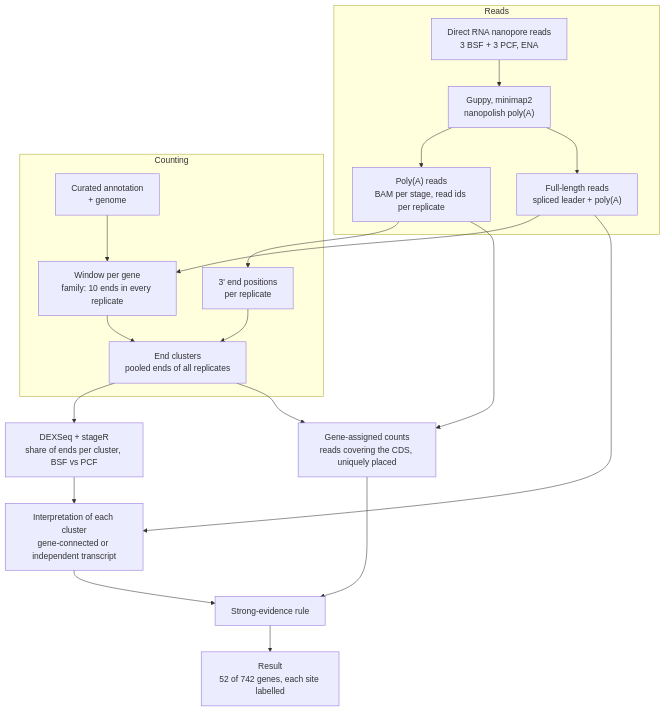
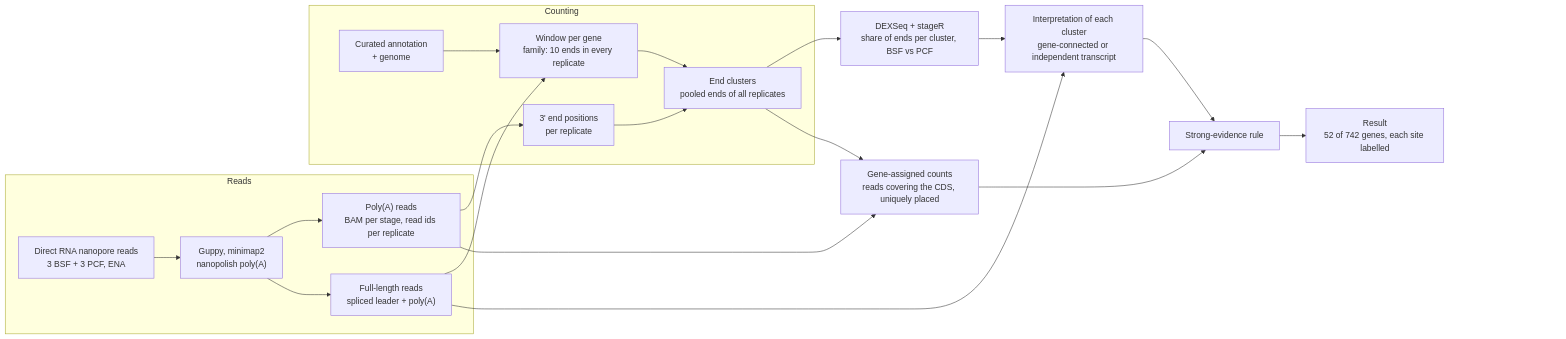
Before and after one commit to mtinti/tbrucei_alternative_3end_paper: the diagram in README.md, drawn with Mermaid.

Commit message:
README diagram: horizontal again, with blank padding at the right for the viewer controls

````diff
--- a/README.md
+++ b/README.md
@@ -22,23 +22,26 @@
 ```mermaid
-flowchart TB
+flowchart LR
+  classDef pad fill:none,stroke:none,color:none
   subgraph Reads
     R["Direct RNA nanopore reads<br/>3 BSF + 3 PCF, ENA"] --> B["Guppy, minimap2<br/>nanopolish poly(A)"]
     B --> PA["Poly(A) reads<br/>BAM per stage, read ids per replicate"]
     B --> FL["Full-length reads<br/>spliced leader + poly(A)"]
   end
   subgraph Counting
     A["Curated annotation<br/>+ genome"] --> W["Window per gene<br/>family: 10 ends in every replicate"]
     FL --> W
     PA --> E["3' end positions<br/>per replicate"]
     E --> C["End clusters<br/>pooled ends of all replicates"]
     W --> C
   end
   C --> T["DEXSeq + stageR<br/>share of ends per cluster, BSF vs PCF"]
   T --> I["Interpretation of each cluster<br/>gene-connected or independent transcript"]
   FL --> I
   PA --> G["Gene-assigned counts<br/>reads covering the CDS, uniquely placed"]
   C --> G
   G --> S["Strong-evidence rule"]
   I --> S
   S --> X["Result<br/>52 of 742 genes, each site labelled"]
+  X ~~~ P1[" "]:::pad
+  P1 ~~~ P2[" "]:::pad
 ```
````
